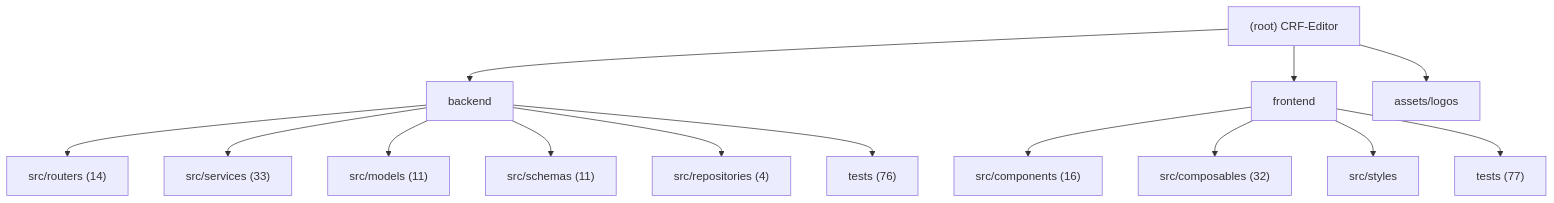
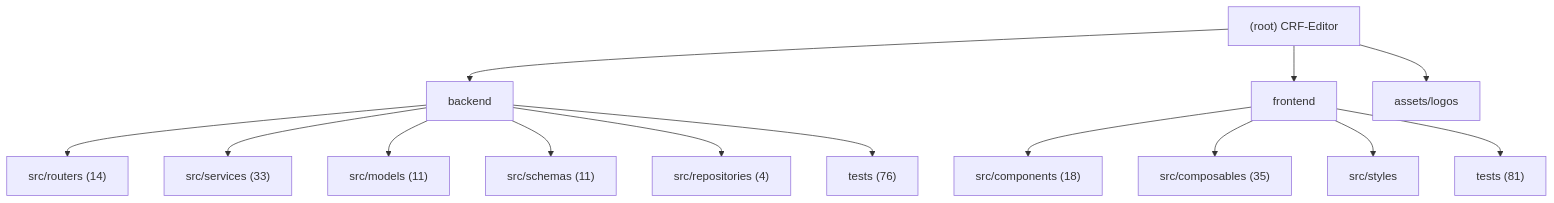
Before and after one commit to decade6666/CRF-Editor: the diagram in .claude/CLAUDE.md, drawn with Mermaid. The commit also changed other lines of this file and 3 other files, not shown here.

````diff
--- a/.claude/CLAUDE.md
+++ b/.claude/CLAUDE.md
@@ -15,19 +15,19 @@
 ```mermaid
 graph TD
     A["(root) CRF-Editor"] --> B["backend"];
     B --> B1["src/routers (14)"];
     B --> B2["src/services (33)"];
     B --> B3["src/models (11)"];
     B --> B4["src/schemas (11)"];
     B --> B5["src/repositories (4)"];
     B --> B6["tests (76)"];
     A --> C["frontend"];
-    C --> C1["src/components (16)"];
-    C --> C2["src/composables (32)"];
+    C --> C1["src/components (18)"];
+    C --> C2["src/composables (35)"];
     C --> C3["src/styles"];
-    C --> C4["tests (77)"];
+    C --> C4["tests (81)"];
     A --> D["assets/logos"];
 
     click B "./backend/.claude/CLAUDE.md" "View backend module docs"
     click C "./frontend/.claude/CLAUDE.md" "View frontend module docs"
 ```
````
